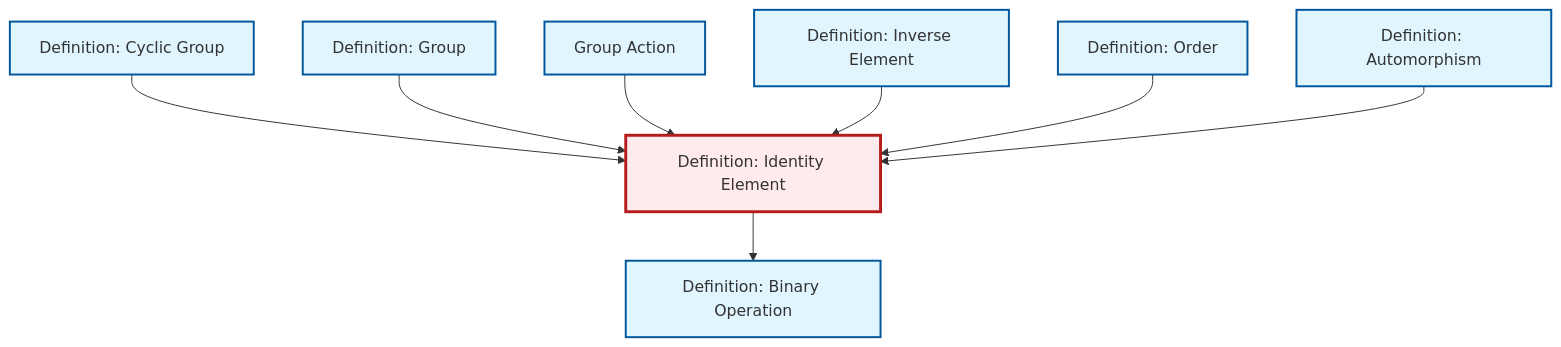
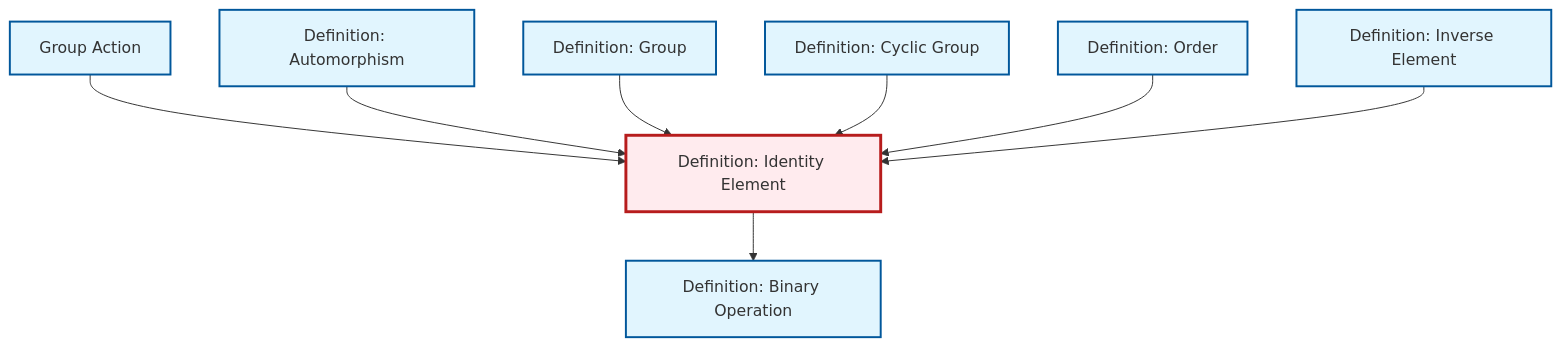
One commit to RK0429/ModernMath changed the diagram in content/ja/algebra/def-identity-element.qmd. Above: the diagram before and after it, drawn with Mermaid. The commit also changed other lines of this file and 597 other files, not shown here.

````diff
--- a/content/ja/algebra/def-identity-element.qmd
+++ b/content/ja/algebra/def-identity-element.qmd
@@ -81,32 +81,32 @@
 ```{mermaid}
 %%| fig-cap: "Local dependency graph"
 graph TD
     classDef definition fill:#e1f5fe,stroke:#01579b,stroke-width:2px
     classDef theorem fill:#f3e5f5,stroke:#4a148c,stroke-width:2px
     classDef axiom fill:#fff3e0,stroke:#e65100,stroke-width:2px
     classDef example fill:#e8f5e9,stroke:#1b5e20,stroke-width:2px
     classDef current fill:#ffebee,stroke:#b71c1c,stroke-width:3px
-    def-binary-operation["Definition: Binary Operation"]:::definition
+    def-identity-element["Definition: Identity Element"]:::definition
     def-order["Definition: Order"]:::definition
     def-group-action["Group Action"]:::definition
+    def-cyclic-group["Definition: Cyclic Group"]:::definition
     def-inverse-element["Definition: Inverse Element"]:::definition
-    def-identity-element["Definition: Identity Element"]:::definition
-    def-cyclic-group["Definition: Cyclic Group"]:::definition
+    def-automorphism["Definition: Automorphism"]:::definition
     def-group["Definition: Group"]:::definition
-    def-automorphism["Definition: Automorphism"]:::definition
+    def-binary-operation["Definition: Binary Operation"]:::definition
+    def-group-action --> def-identity-element
+    def-automorphism --> def-identity-element
+    def-group --> def-identity-element
+    def-identity-element --> def-binary-operation
     def-cyclic-group --> def-identity-element
-    def-identity-element --> def-binary-operation
-    def-group --> def-identity-element
-    def-group-action --> def-identity-element
+    def-order --> def-identity-element
     def-inverse-element --> def-identity-element
-    def-order --> def-identity-element
-    def-automorphism --> def-identity-element
     class def-identity-element current
-    click def-binary-operation "def-binary-operation.html" "Definition: Binary Operationへ"
     click def-order "def-order.html" "Definition: Orderへ"
     click def-group-action "def-group-action.html" "Group Actionへ"
+    click def-cyclic-group "def-cyclic-group.html" "Definition: Cyclic Groupへ"
     click def-inverse-element "def-inverse-element.html" "Definition: Inverse Elementへ"
-    click def-cyclic-group "def-cyclic-group.html" "Definition: Cyclic Groupへ"
+    click def-automorphism "def-automorphism.html" "Definition: Automorphismへ"
     click def-group "def-group.html" "Definition: Groupへ"
-    click def-automorphism "def-automorphism.html" "Definition: Automorphismへ"
+    click def-binary-operation "def-binary-operation.html" "Definition: Binary Operationへ"
 ```
````
